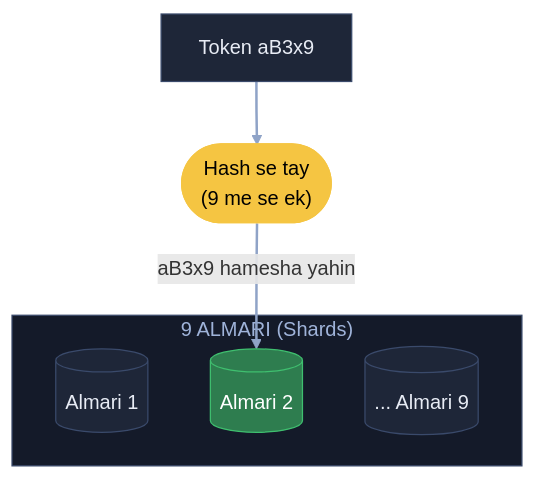
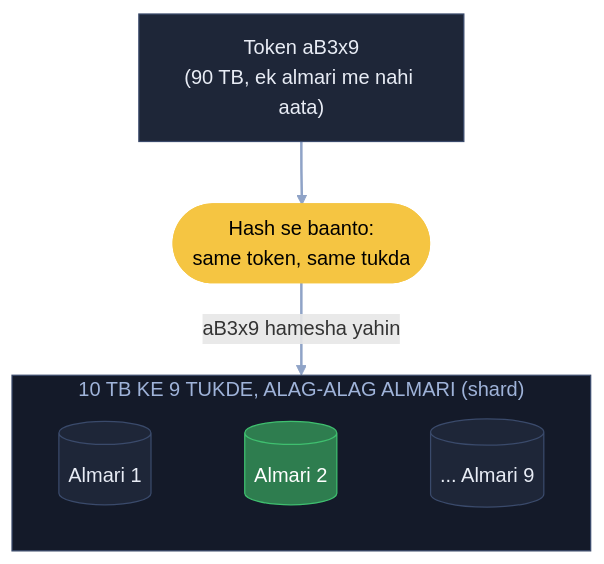
The eighth of 13 diagrams in 04_HLD/SYSTEM_DESIGNS/01_url_shortener/01_url_shortener.md (ArpanMaheshwari144/Prep), drawn with Mermaid before and after one commit. The commit also changed other lines of this file, not shown here.

Commit message:
URL: 13 diagram hand notes ke shabdon se (K4 naya), K7 / K12 kahani notes jaisi

````diff
--- a/04_HLD/SYSTEM_DESIGNS/01_url_shortener/01_url_shortener.md
+++ b/04_HLD/SYSTEM_DESIGNS/01_url_shortener/01_url_shortener.md
@@ -224,18 +240,21 @@
 ```mermaid
 flowchart TB
-    T["Token aB3x9"]:::card
-    H(["Hash se tay<br/>(9 me se ek)"]):::pill
-    subgraph SH["9 ALMARI (Shards)"]
+    T["Token aB3x9<br/>(90 TB, ek almari me nahi aata)"]:::card
+    H(["Hash se baanto:<br/>same token, same tukda"]):::pill
+    subgraph SH["10 TB KE 9 TUKDE, ALAG-ALAG ALMARI (shard)"]
+        direction LR
         A1[("Almari 1")]:::card
         A2[("Almari 2")]:::good
         A9[("... Almari 9")]:::card
+        A1 ~~~ A2 ~~~ A9
     end
     T --> H
     H -- "aB3x9 hamesha yahin" --> A2
     linkStyle default stroke:#8fa3c7,stroke-width:2px
+    linkStyle 0,1 stroke-width:0px
     classDef card fill:#1e2638,stroke:#3a4a6b,color:#e8ecf5
     classDef pill fill:#f5c542,stroke:#f5c542,color:#000
     classDef good fill:#2e7d4f,stroke:#3fbf6f,color:#fff
     classDef bad fill:#5c1f24,stroke:#e05561,color:#fff
     style SH fill:#141a29,stroke:#3a4a6b,color:#9fb3d9
 ```
````
